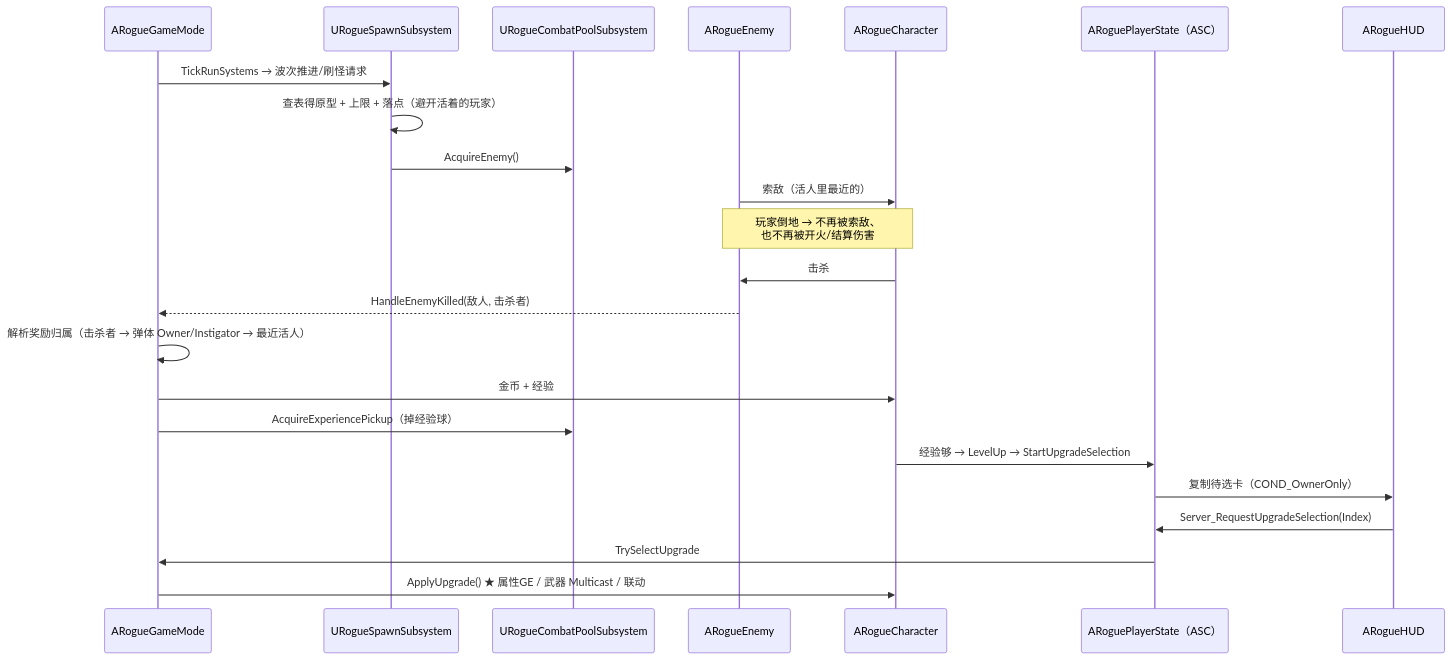
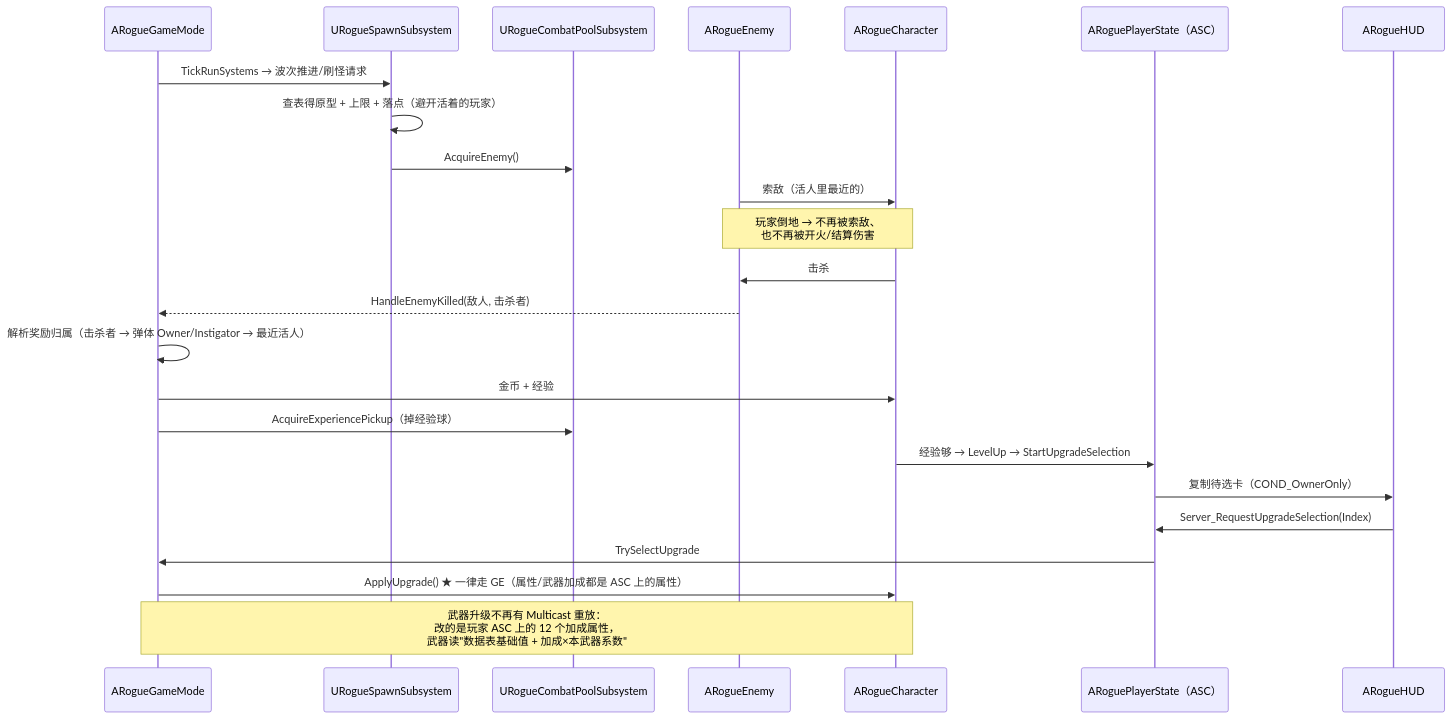
Before and after one commit to Elysiasloverly/AI-: the sixth of 6 diagrams in Docs/Project-Structure.md, drawn with Mermaid. The commit also changed other lines of this file and 13 other files, not shown here.

````diff
--- a/Docs/Project-Structure.md
+++ b/Docs/Project-Structure.md
@@ -264,26 +309,27 @@
 ```mermaid
 sequenceDiagram
     participant GM as ARogueGameMode
     participant SP as URogueSpawnSubsystem
     participant Pool as URogueCombatPoolSubsystem
     participant E as ARogueEnemy
     participant C as ARogueCharacter
     participant PS as ARoguePlayerState（ASC）
     participant HUD as ARogueHUD
 
     GM->>SP: TickRunSystems → 波次推进/刷怪请求
     SP->>SP: 查表得原型 + 上限 + 落点（避开活着的玩家）
     SP->>Pool: AcquireEnemy()
     E->>C: 索敌（活人里最近的）
     Note over E,C: 玩家倒地 → 不再被索敌、<br/>也不再被开火/结算伤害
     C->>E: 击杀
     E-->>GM: HandleEnemyKilled(敌人, 击杀者)
     GM->>GM: 解析奖励归属（击杀者 → 弹体 Owner/Instigator → 最近活人）
     GM->>C: 金币 + 经验
     GM->>Pool: AcquireExperiencePickup（掉经验球）
     C->>PS: 经验够 → LevelUp → StartUpgradeSelection
     PS->>HUD: 复制待选卡（COND_OwnerOnly）
     HUD->>PS: Server_RequestUpgradeSelection(Index)
     PS->>GM: TrySelectUpgrade
-    GM->>C: ApplyUpgrade()  ★ 属性GE / 武器 Multicast / 联动
+    GM->>C: ApplyUpgrade()  ★ 一律走 GE（属性/武器加成都是 ASC 上的属性）
+    Note over GM,C: 武器升级不再有 Multicast 重放：<br/>改的是玩家 ASC 上的 12 个加成属性，<br/>武器读"数据表基础值 + 加成×本武器系数"
 ```
````
